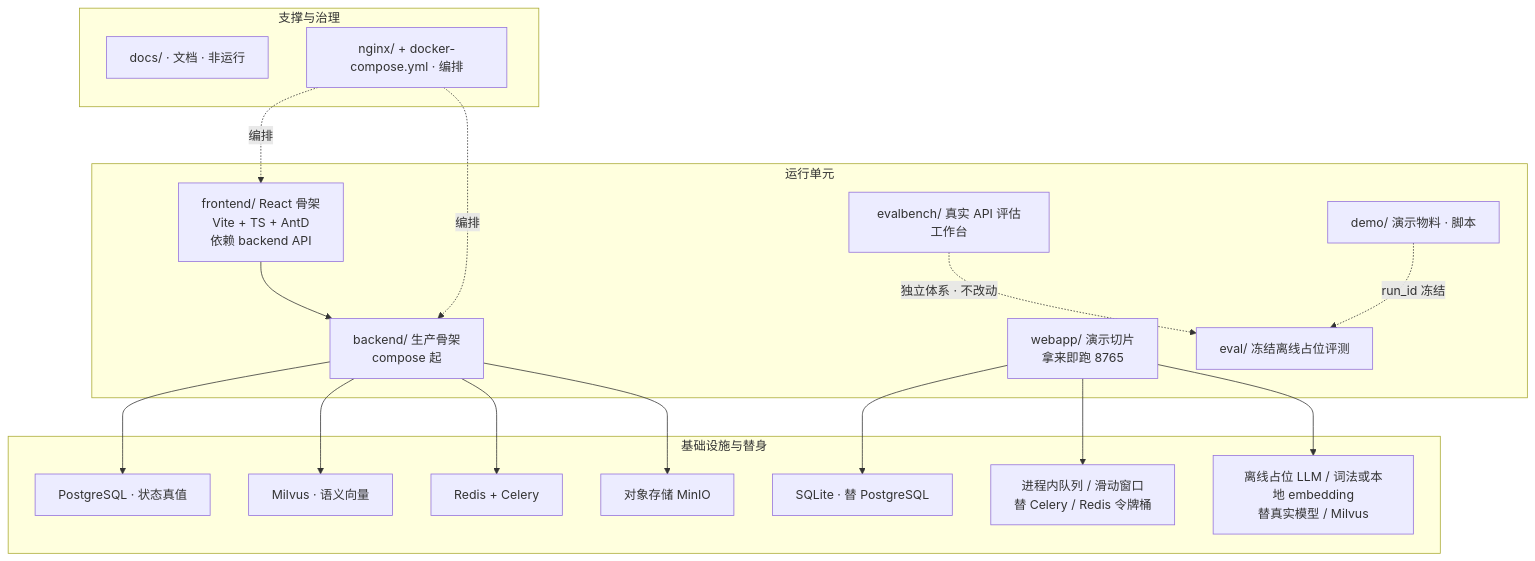
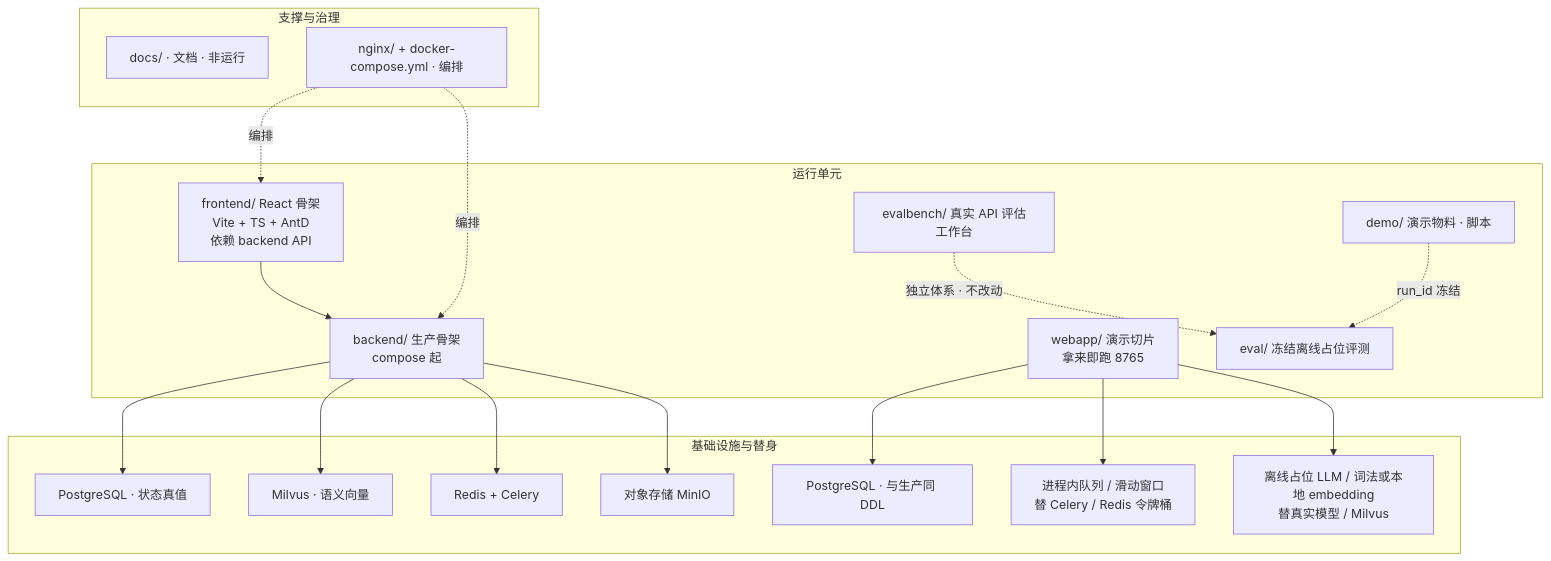
One commit to yeb1234/P5-enterprise-rag-kb changed the diagram in docs/architecture-review.md. Above: the diagram before and after it, drawn with Mermaid. The commit also changed other lines of this file and 57 other files, not shown here.

First line of the commit message:
docs: 项目化 README 与配图，个人材料移出仓库

````diff
--- a/docs/architecture-review.md
+++ b/docs/architecture-review.md
@@ -25,36 +25,36 @@
 ```mermaid
 flowchart TB
   subgraph U["运行单元"]
     FE["frontend/ React 骨架<br/>Vite + TS + AntD<br/>依赖 backend API"]
     WA["webapp/ 演示切片<br/>拿来即跑 8765"]
     BE["backend/ 生产骨架<br/>compose 起"]
     EB["evalbench/ 真实 API 评估工作台"]
     EV["eval/ 冻结离线占位评测"]
     DM["demo/ 演示物料 · 脚本"]
   end
   subgraph I["基础设施与替身"]
     PG["PostgreSQL · 状态真值"]
     MV["Milvus · 语义向量"]
     RD["Redis + Celery"]
     OS["对象存储 MinIO"]
-    SQ["SQLite · 替 PostgreSQL"]
+    SQ["PostgreSQL · 与生产同 DDL"]
     PQ["进程内队列 / 滑动窗口<br/>替 Celery / Redis 令牌桶"]
     OL["离线占位 LLM / 词法或本地 embedding<br/>替真实模型 / Milvus"]
   end
   subgraph G["支撑与治理"]
     DOC["docs/ · 文档 · 非运行"]
     ORC["nginx/ + docker-compose.yml · 编排"]
   end
   FE --> BE
   BE --> PG
   BE --> MV
   BE --> RD
   BE --> OS
   WA --> SQ
   WA --> PQ
   WA --> OL
   EB -.独立体系 · 不改动.-> EV
   DM -.run_id 冻结.-> EV
   ORC -.编排.-> BE
   ORC -.编排.-> FE
 ```
````
